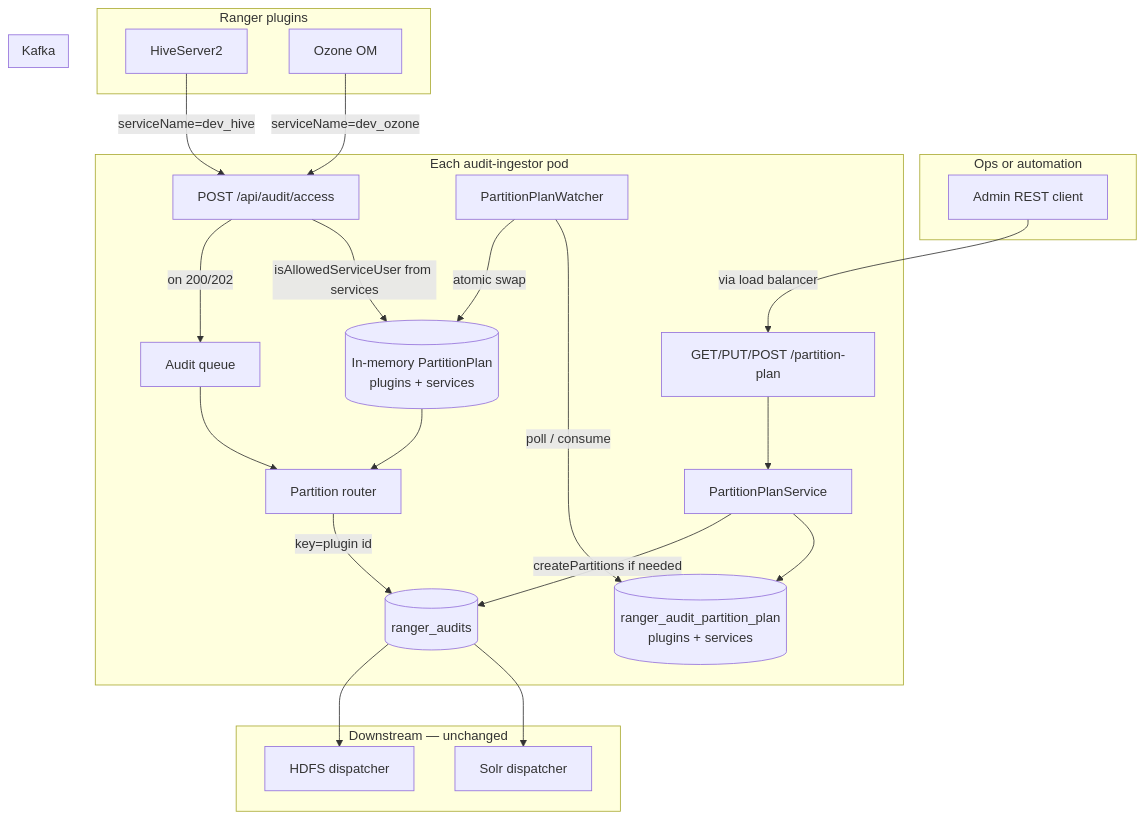
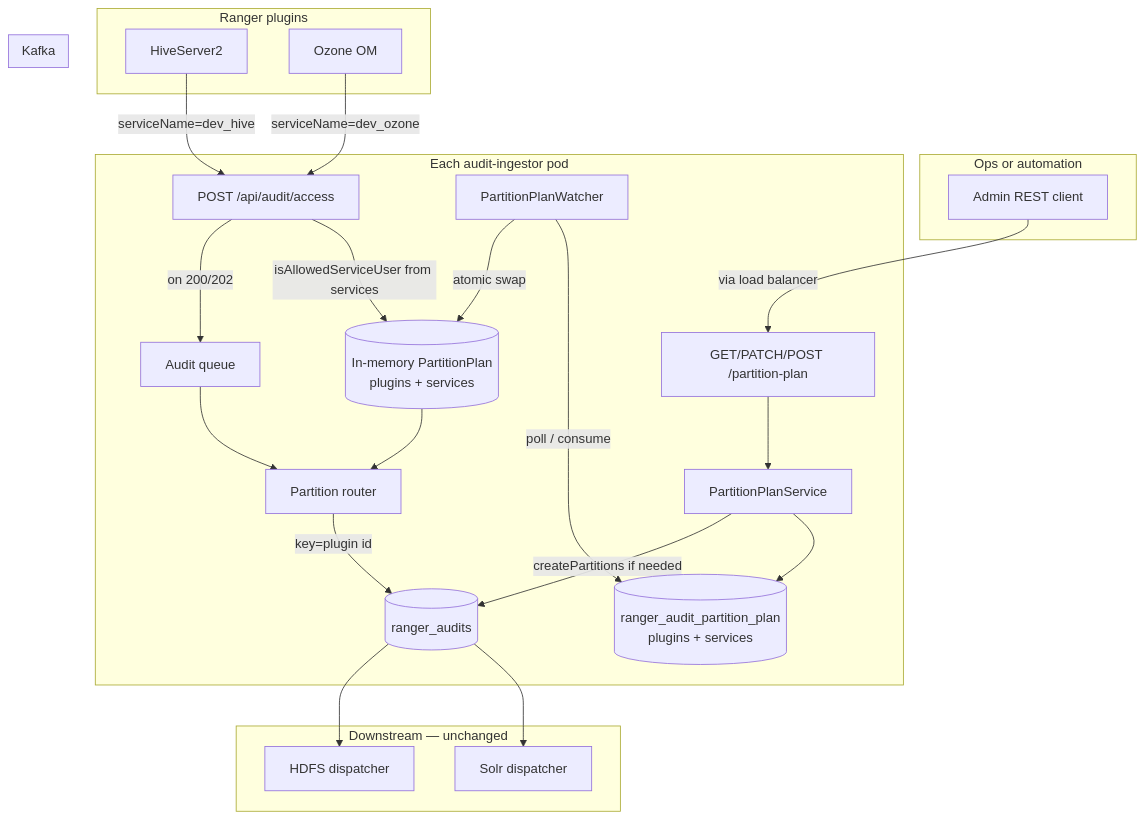
The second of 4 diagrams in audit-server/README-KAFKA-DYNAMIC-PARTITIONING-GUIDE.md (ramackri/ranger), drawn with Mermaid before and after one commit. The commit also changed other lines of this file and 50 other files, not shown here.

First line of the commit message:
Refactor partition-plan REST API with PATCH merges and idempotent mutations.

````diff
--- a/audit-server/README-KAFKA-DYNAMIC-PARTITIONING-GUIDE.md
+++ b/audit-server/README-KAFKA-DYNAMIC-PARTITIONING-GUIDE.md
@@ -246,48 +246,48 @@
 ```mermaid
 flowchart TB
   subgraph plugins [Ranger plugins]
     HS2[HiveServer2]
     OM[Ozone OM]
   end
 
   subgraph ops [Ops or automation]
     Admin[Admin REST client]
   end
 
   subgraph ingestor [Each audit-ingestor pod]
     Access["POST /api/audit/access"]
-    REST["GET/PUT/POST /partition-plan"]
+    REST["GET/PATCH/POST /partition-plan"]
     Svc[PartitionPlanService]
     Watcher[PartitionPlanWatcher]
     Mem[(In-memory PartitionPlan<br/>plugins + services)]
     Part[Partition router]
     Queue[Audit queue]
 
     REST --> Svc
     Svc --> PlanTopic
     Watcher -->|poll / consume| PlanTopic
     Watcher -->|atomic swap| Mem
     HS2 -->|serviceName=dev_hive| Access
     OM -->|serviceName=dev_ozone| Access
     Access -->|isAllowedServiceUser from services| Mem
     Access -->|on 200/202| Queue
     Mem --> Part
     Queue --> Part
     Part -->|key=plugin id| AuditTopic
   end
 
   subgraph kafka [Kafka]
     PlanTopic[(ranger_audit_partition_plan<br/>plugins + services)]
     AuditTopic[(ranger_audits)]
   end
 
   subgraph consumers [Downstream — unchanged]
     Solr[Solr dispatcher]
     HDFSdisp[HDFS dispatcher]
   end
 
   Admin -->|via load balancer| REST
   Svc -->|createPartitions if needed| AuditTopic
   AuditTopic --> Solr
   AuditTopic --> HDFSdisp
 ```
````
